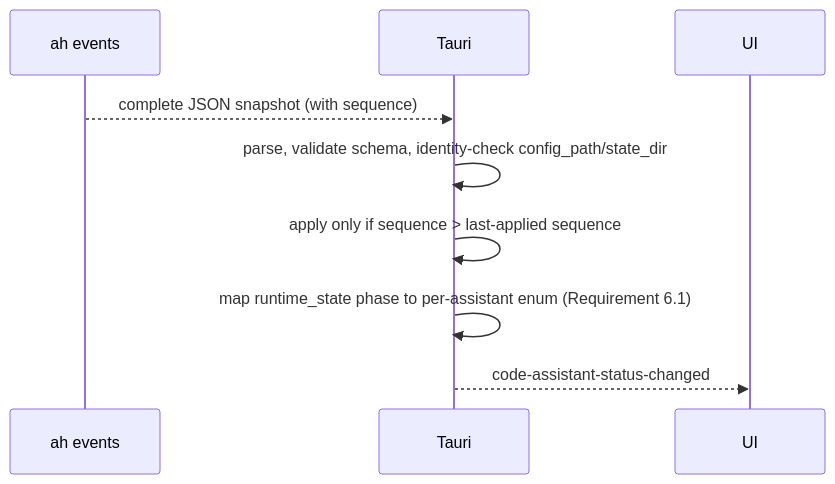
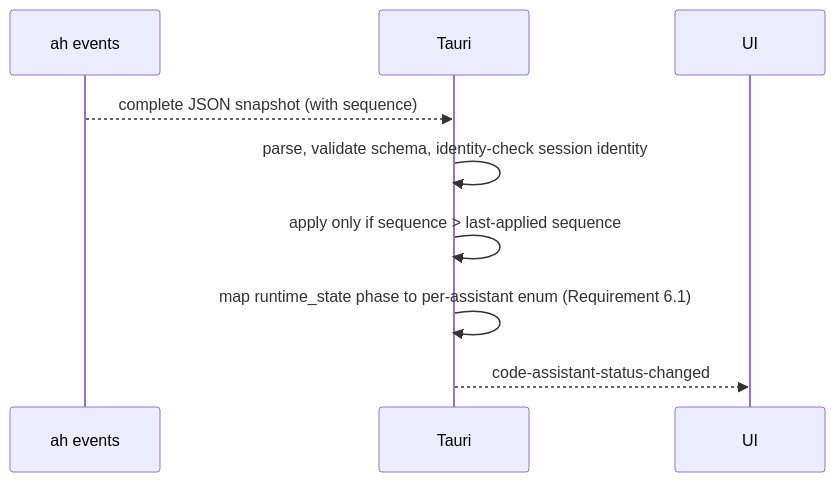
One commit to SevenX77/agent-harness changed the third of 4 diagrams in .kiro/specs/studio-ah-state-contract-v1/design.md. Above: the diagram before and after it, drawn with Mermaid. The commit also changed other lines of this file and 5 other files, not shown here.

````diff
--- a/.kiro/specs/studio-ah-state-contract-v1/design.md
+++ b/.kiro/specs/studio-ah-state-contract-v1/design.md
@@ -125,11 +125,11 @@
 ```mermaid
 sequenceDiagram
   participant AH as ah events
   participant Tauri
   participant UI
   AH-->>Tauri: complete JSON snapshot (with sequence)
-  Tauri->>Tauri: parse, validate schema, identity-check config_path/state_dir
+  Tauri->>Tauri: parse, validate schema, identity-check session identity
   Tauri->>Tauri: apply only if sequence > last-applied sequence
   Tauri->>Tauri: map runtime_state phase to per-assistant enum (Requirement 6.1)
   Tauri-->>UI: code-assistant-status-changed
 ```
````
